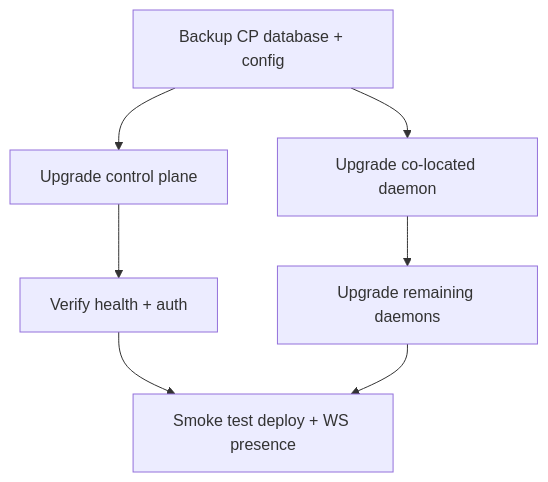
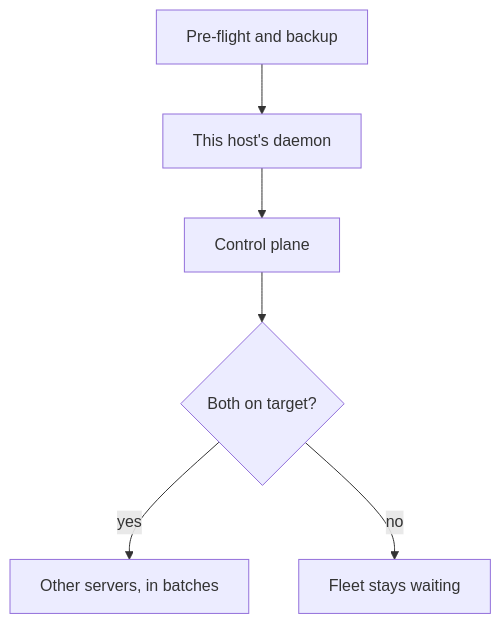
Before and after one commit to TurboPanel/website: the diagram in docs/deployment/upgrade.mdx, drawn with Mermaid. The commit also changed other lines of this file and 9 other files, not shown here.

````diff
--- a/docs/deployment/upgrade.mdx
+++ b/docs/deployment/upgrade.mdx
@@ -125,9 +32,8 @@
 ```mermaid
 graph TD
-    A[Backup CP database + config] --> B[Upgrade control plane]
-    A --> C[Upgrade co-located daemon]
-    B --> D[Verify health + auth]
-    C --> E[Upgrade remaining daemons]
-    D --> F[Smoke test deploy + WS presence]
-    E --> F
+    A[Pre-flight and backup] --> B[This host's daemon]
+    B --> C[Control plane]
+    C --> D{Both on target?}
+    D -->|yes| E[Other servers, in batches]
+    D -->|no| F[Fleet stays waiting]
 ```
````
